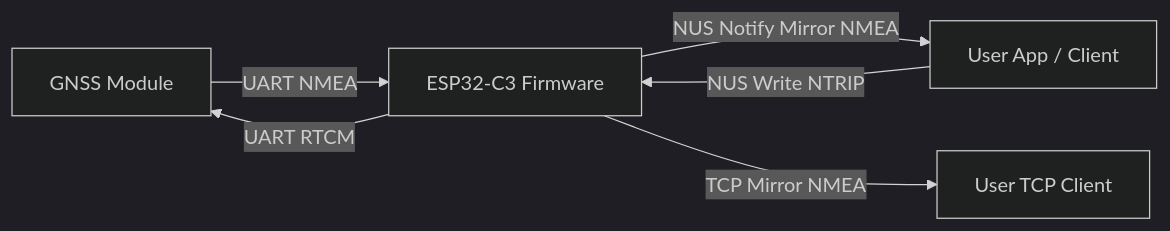
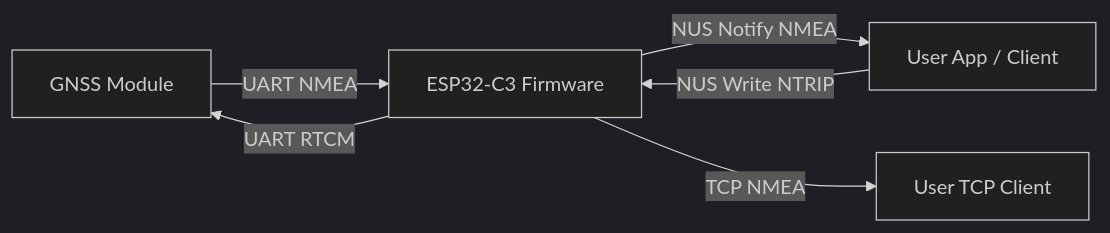
One commit to entr0-pi/gnss changed the diagram in README.md. Above: the diagram before and after it, drawn with Mermaid (dark theme).

````diff
--- a/README.md
+++ b/README.md
@@ -69,8 +69,8 @@
 ```mermaid
 flowchart LR
   GNSS[GNSS Module] -->|UART NMEA| ESP32C3["ESP32-C3 Firmware"]
   ESP32C3 -->|UART RTCM| GNSS
-  ESP32C3 -->|NUS Notify Mirror NMEA| USER[User App / Client]
+  ESP32C3 -->|NUS Notify NMEA| USER[User App / Client]
   USER -->|NUS Write NTRIP| ESP32C3
-  ESP32C3 -->|TCP Mirror NMEA| TCP[User TCP Client]
+  ESP32C3 -->|TCP NMEA| TCP[User TCP Client]
 ```
````
